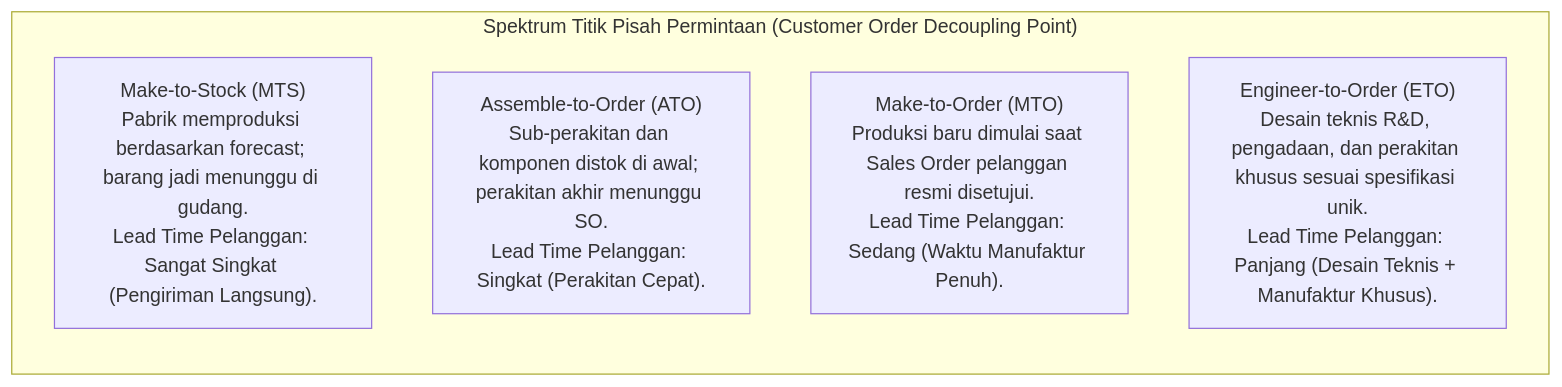
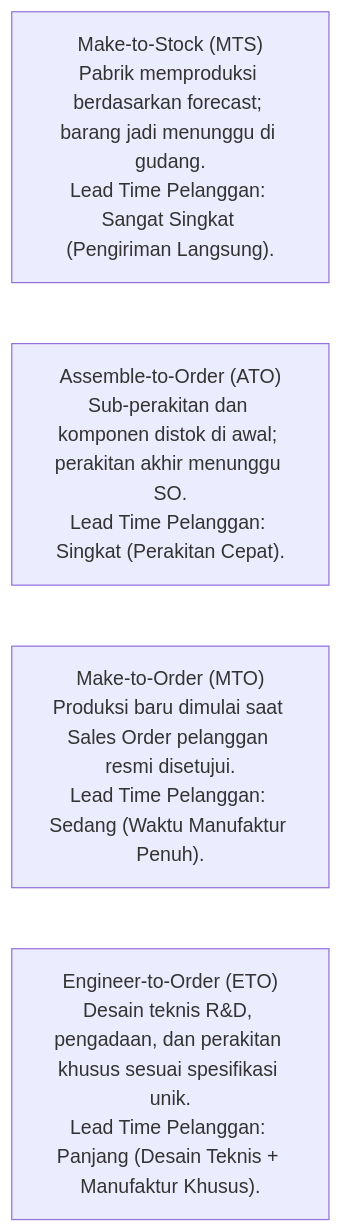
The second of 2 diagrams in content/06-manufacturing/manufacturing-fundamentals.md (alimurrofid/erp-notes), drawn with Mermaid before and after one commit. The commit also changed other lines of this file and 58 other files, not shown here.

Commit message:
fix(content):Mermaid Subgraph

````diff
--- a/content/06-manufacturing/manufacturing-fundamentals.md
+++ b/content/06-manufacturing/manufacturing-fundamentals.md
@@ -76,10 +74,8 @@
 ```mermaid
 flowchart LR
-    subgraph Strategies["Spektrum Titik Pisah Permintaan (Customer Order Decoupling Point)"]
         direction TB
         MTS["Make-to-Stock (MTS)<br/>Pabrik memproduksi berdasarkan forecast; barang jadi menunggu di gudang.<br/>Lead Time Pelanggan: Sangat Singkat (Pengiriman Langsung)."]
         ATO["Assemble-to-Order (ATO)<br/>Sub-perakitan dan komponen distok di awal; perakitan akhir menunggu SO.<br/>Lead Time Pelanggan: Singkat (Perakitan Cepat)."]
         MTO["Make-to-Order (MTO)<br/>Produksi baru dimulai saat Sales Order pelanggan resmi disetujui.<br/>Lead Time Pelanggan: Sedang (Waktu Manufaktur Penuh)."]
         ETO["Engineer-to-Order (ETO)<br/>Desain teknis R&D, pengadaan, dan perakitan khusus sesuai spesifikasi unik.<br/>Lead Time Pelanggan: Panjang (Desain Teknis + Manufaktur Khusus)."]
-    end
 ```
````
